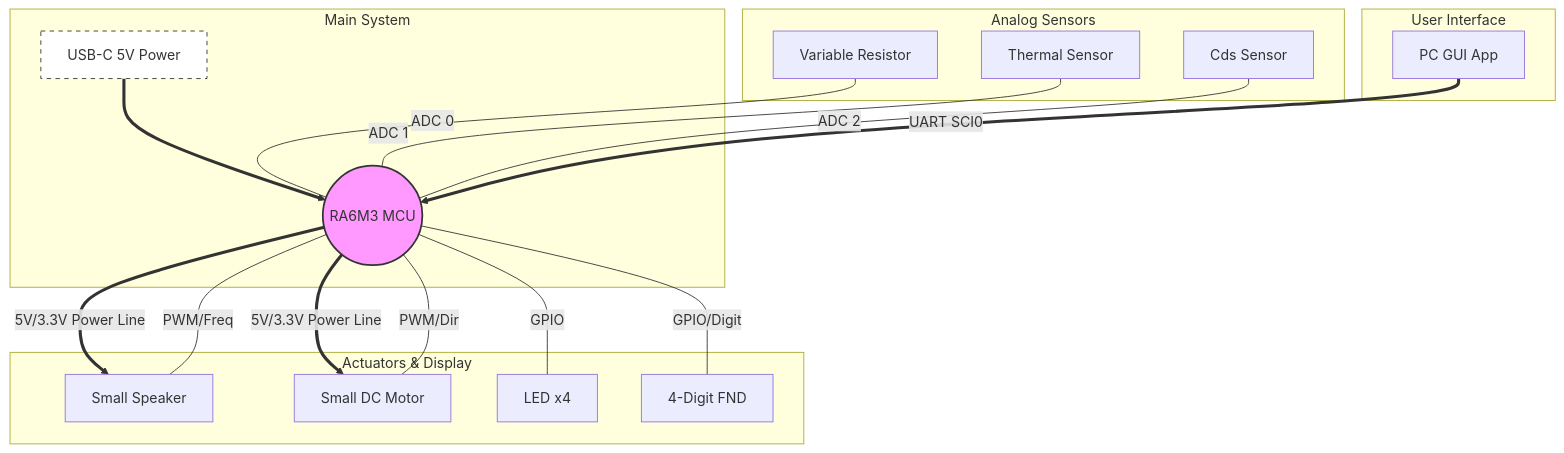
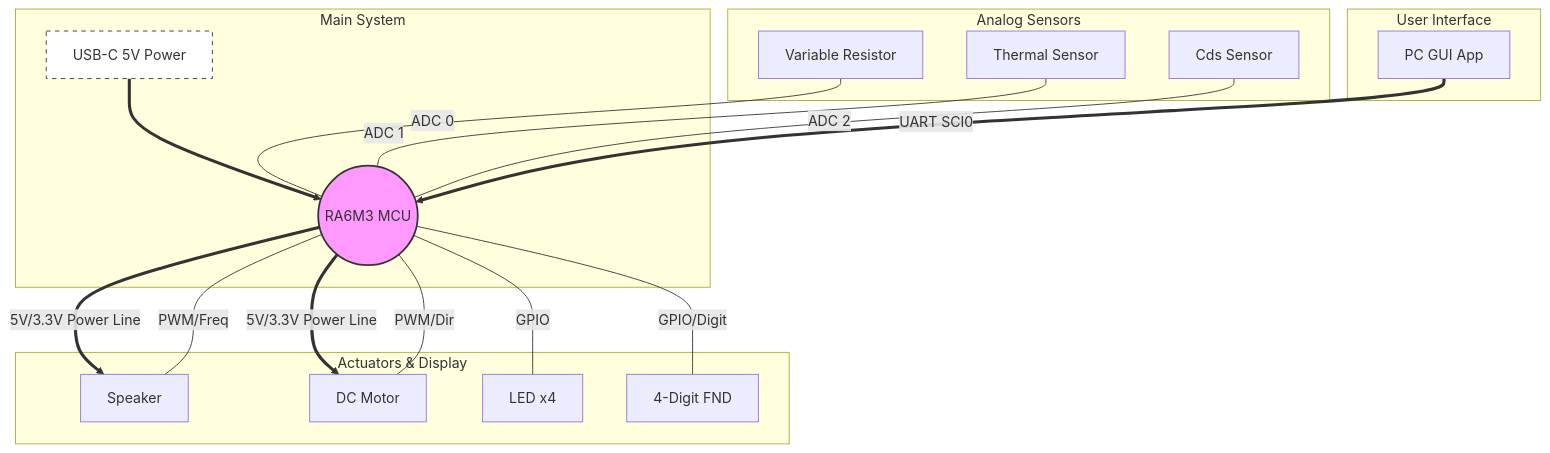
The diagram in docs/Hardware_Setup.md (StackerSeo/RA6M3-GUI-Controller), drawn with Mermaid before and after one commit. The commit also changed other lines of this file, not shown here.

````diff
--- a/docs/Hardware_Setup.md
+++ b/docs/Hardware_Setup.md
@@ -7,37 +7,37 @@
 ```mermaid
 graph TD
     %% 중앙 제어부 및 전원
     subgraph System_Core [Main System]
         MCU((RA6M3 MCU))
         USB[USB-C 5V Power]
     end
 
     %% 전원 공급 흐름 (보드에서 직접 공급)
     USB ==> MCU
     MCU ==>|5V/3.3V Power Line| SPK
     MCU ==>|5V/3.3V Power Line| DC
 
     %% 입력부 (Sensors)
     subgraph Inputs [Analog Sensors]
         VR[Variable Resistor] ---|ADC 0| MCU
         TS[Thermal Sensor] ---|ADC 1| MCU
         CS[Cds Sensor] ---|ADC 2| MCU
     end
 
     %% PC 통신
     subgraph PC_Interface [User Interface]
         GUI[PC GUI App] == "UART SCI0" ==> MCU
     end
 
     %% 출력부 (Actuators & Display)
     subgraph Outputs [Actuators & Display]
         MCU ---|GPIO| LED[LED x4]
         MCU ---|GPIO/Digit| FND[4-Digit FND]
-        MCU ---|PWM/Freq| SPK[Small Speaker]
-        MCU ---|PWM/Dir| DC[Small DC Motor]
+        MCU ---|PWM/Freq| SPK[Speaker]
+        MCU ---|PWM/Dir| DC[DC Motor]
     end
 
     %% 스타일링
     style MCU fill:#f9f,stroke:#333,stroke-width:2px
     style USB fill:#fff,stroke:#333,stroke-dasharray: 5 5
 ```
````
